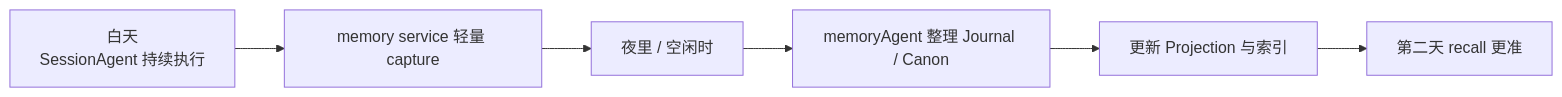
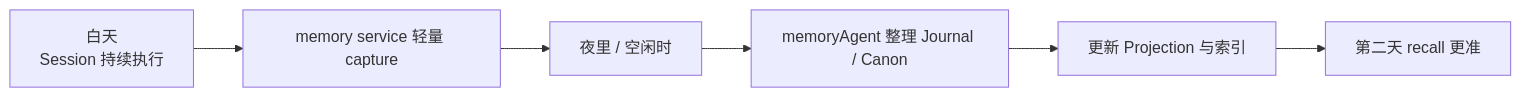
Before and after one commit to wangenius/downcity: the second of 3 diagrams in homepage/content/devdocs/zh/memory/memory-agent.mdx, drawn with Mermaid. The commit also changed other lines of this file and 37 other files, not shown here.

````diff
--- a/homepage/content/devdocs/zh/memory/memory-agent.mdx
+++ b/homepage/content/devdocs/zh/memory/memory-agent.mdx
@@ -188,8 +178,8 @@
 ```mermaid
 flowchart LR
-  DAY["白天<br/>SessionAgent 持续执行"] --> CAP["memory service 轻量 capture"]
+  DAY["白天<br/>Session 持续执行"] --> CAP["memory service 轻量 capture"]
   CAP --> NIGHT["夜里 / 空闲时"]
   NIGHT --> MA["memoryAgent 整理 Journal / Canon"]
   MA --> VIEW["更新 Projection 与索引"]
   VIEW --> NEXT["第二天 recall 更准"]
 ```
````
